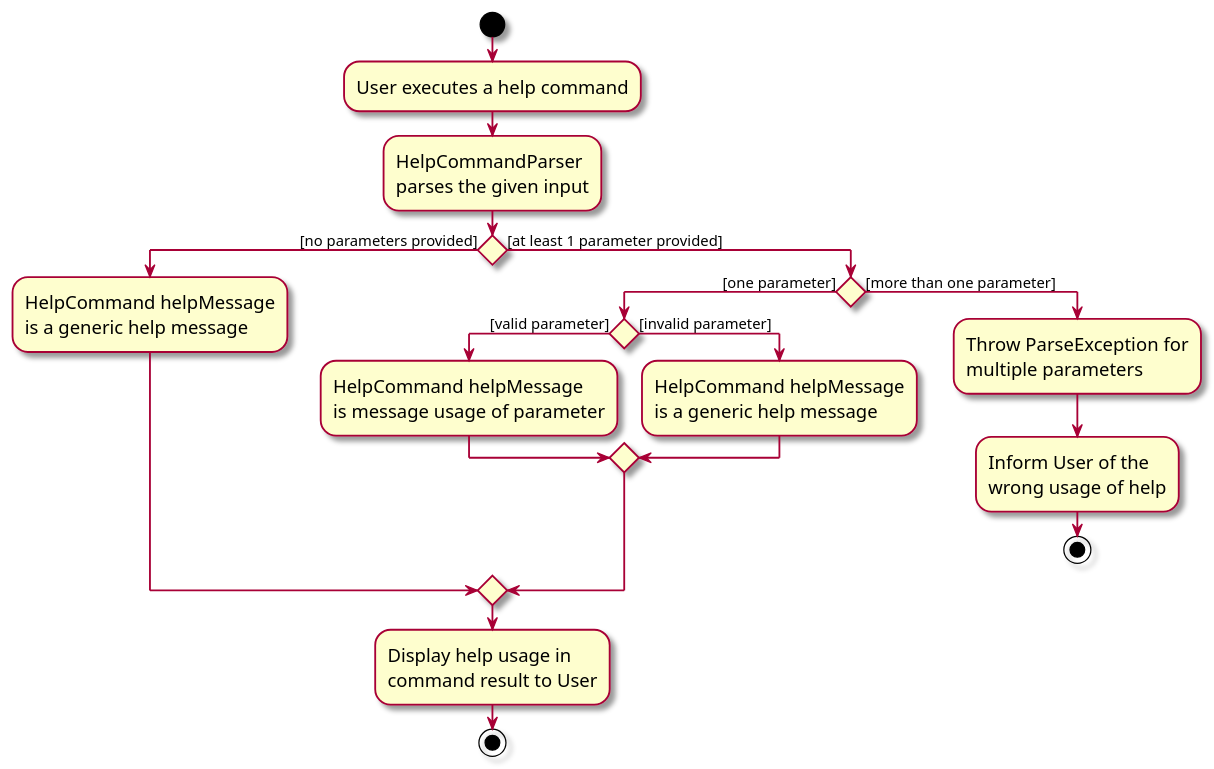
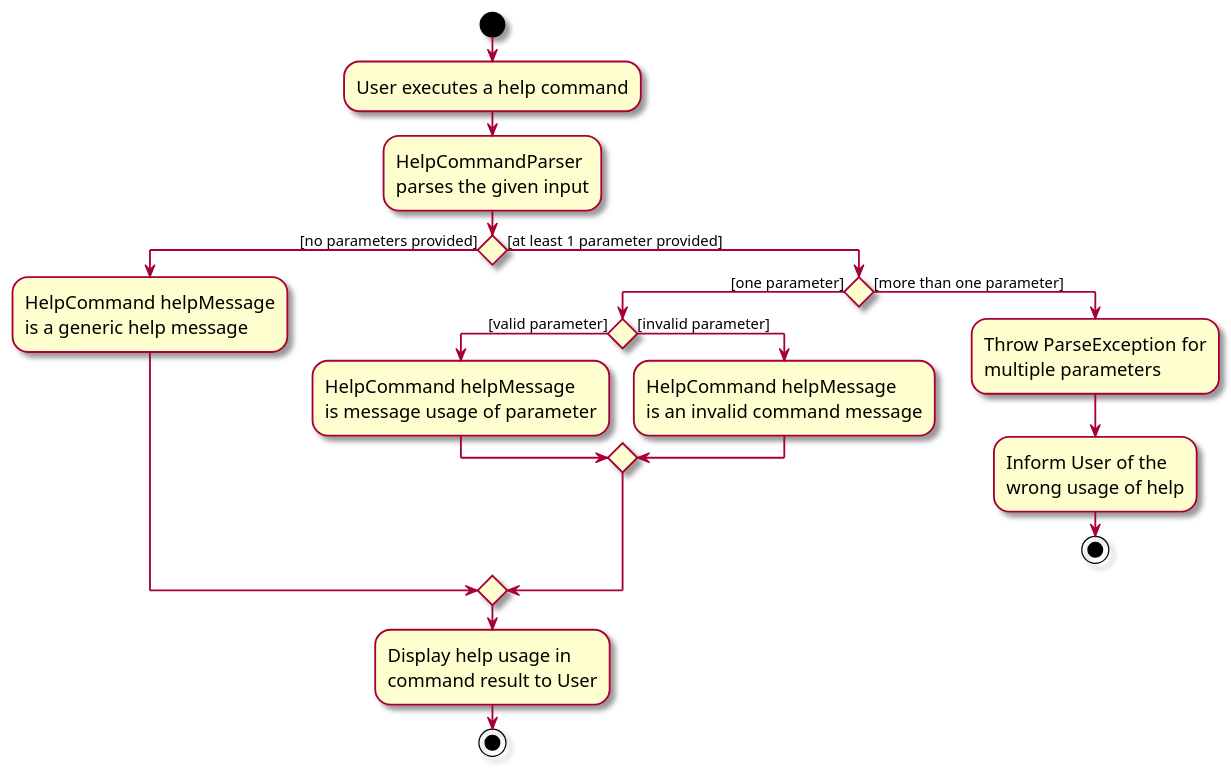
One commit to AY2425S2-CS2103T-T13-1/tp changed the diagram in docs/diagrams/HelpCommandActivityDiagram.puml. Above: the diagram before and after it, drawn with PlantUML. The commit also changed 1 other file, not shown here.

Commit message:
Update HelpCommandActivityDiagram

```diff
--- a/docs/diagrams/HelpCommandActivityDiagram.puml
+++ b/docs/diagrams/HelpCommandActivityDiagram.puml
@@ -1,38 +1,38 @@
 @startuml
 skin rose
 skinparam ActivityFontSize 15
 skinparam ArrowFontSize 12
 start
 :User executes a help command;
 :HelpCommandParser
 parses the given input;
 
 'Since the beta syntax does not support placing the condition outside the
 'diamond we place it as the true branch instead.
 
 if () then ([no parameters provided])
     :HelpCommand helpMessage
     is a generic help message;
 else ([at least 1 parameter provided])
     if () then ([one parameter])
         if () then ([valid parameter])
             :HelpCommand helpMessage
             is message usage of parameter;
         else ([invalid parameter])
             :HelpCommand helpMessage
-            is a generic help message;
+            is an invalid command message;
         endif
     else ([more than one parameter])
         :Throw ParseException for
         multiple parameters;
         :Inform User of the
         wrong usage of help;
         stop
     endif
 endif
 
 :Display help usage in
 command result to User;
 
 stop
 @enduml
```
